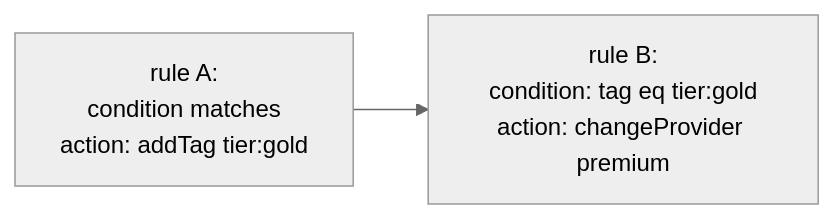
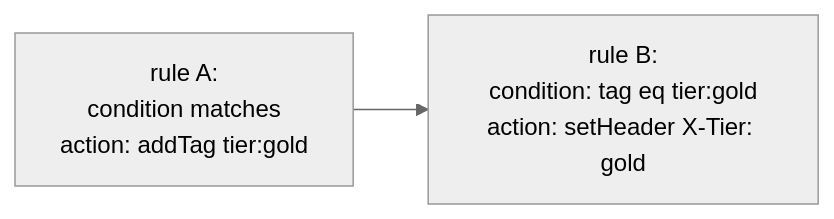
The third of 3 diagrams in docs/actions.md (andyjmorgan/slipspace-gateway), drawn with Mermaid (neutral theme) before and after one commit. The commit also changed other lines of this file and 27 other files, not shown here.

````diff
--- a/docs/actions.md
+++ b/docs/actions.md
@@ -542,4 +488,4 @@
 ```mermaid
 flowchart LR
-    A[rule A:<br/>condition matches<br/>action: addTag tier:gold] --> B[rule B:<br/>condition: tag eq tier:gold<br/>action: changeProvider premium]
+    A[rule A:<br/>condition matches<br/>action: addTag tier:gold] --> B[rule B:<br/>condition: tag eq tier:gold<br/>action: setHeader X-Tier: gold]
 ```
````
